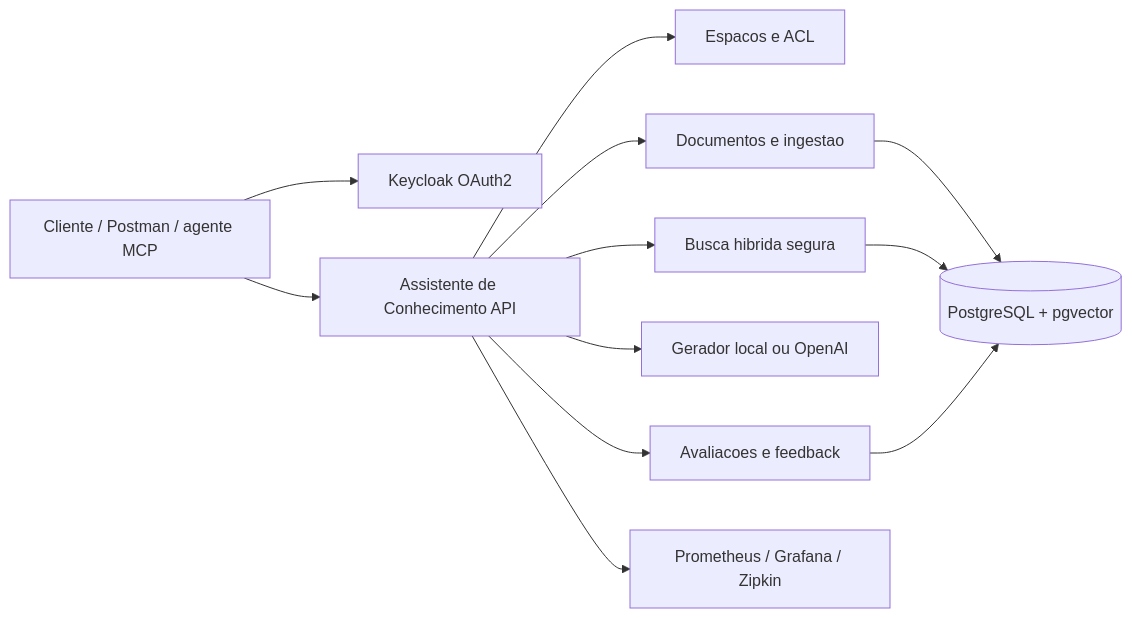
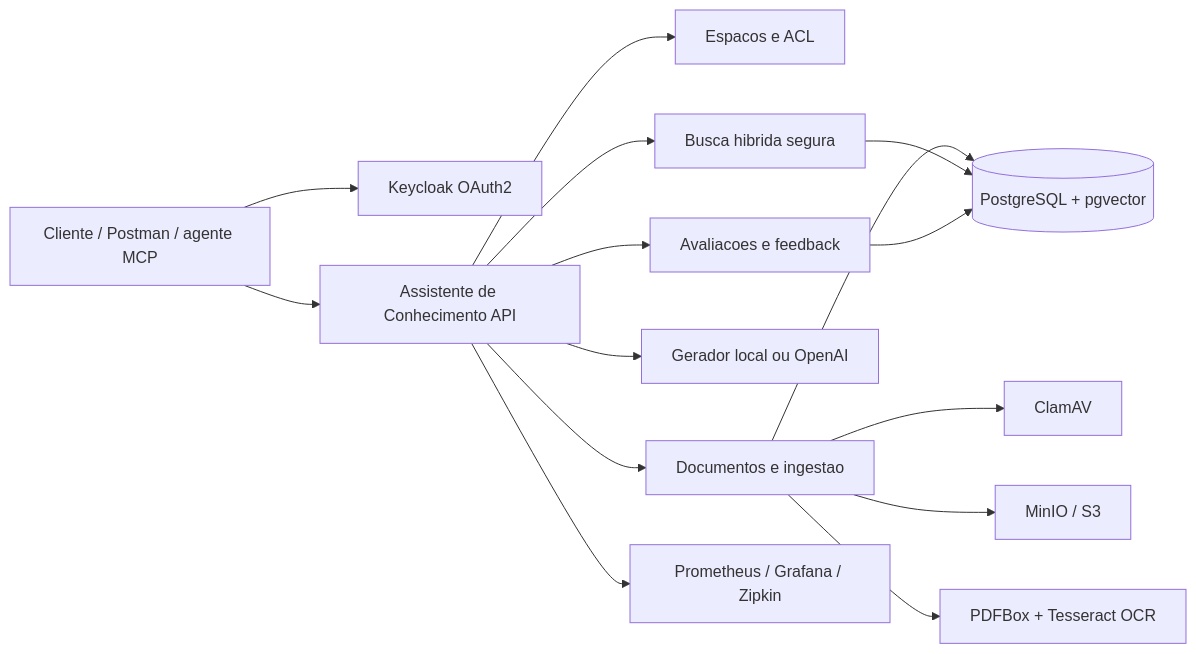
One commit to Mateusmith/assistente-conhecimento changed the diagram in README.md. Above: the diagram before and after it, drawn with Mermaid. The commit also changed other lines of this file and 39 other files, not shown here.

Commit message:
feat: adiciona ingestao segura com MinIO, ClamAV e OCR

````diff
--- a/README.md
+++ b/README.md
@@ -27,14 +29,17 @@
 ```mermaid
 flowchart LR
     U["Cliente / Postman / agente MCP"] --> K["Keycloak OAuth2"]
     U --> A["Assistente de Conhecimento API"]
     A --> W["Espacos e ACL"]
     A --> D["Documentos e ingestao"]
     A --> R["Busca hibrida segura"]
     A --> G["Gerador local ou OpenAI"]
     A --> E["Avaliacoes e feedback"]
     D --> P[("PostgreSQL + pgvector")]
+    D --> C["ClamAV"]
+    D --> M["MinIO / S3"]
+    D --> T["PDFBox + Tesseract OCR"]
     R --> P
     E --> P
     A --> O["Prometheus / Grafana / Zipkin"]
 ```
````
